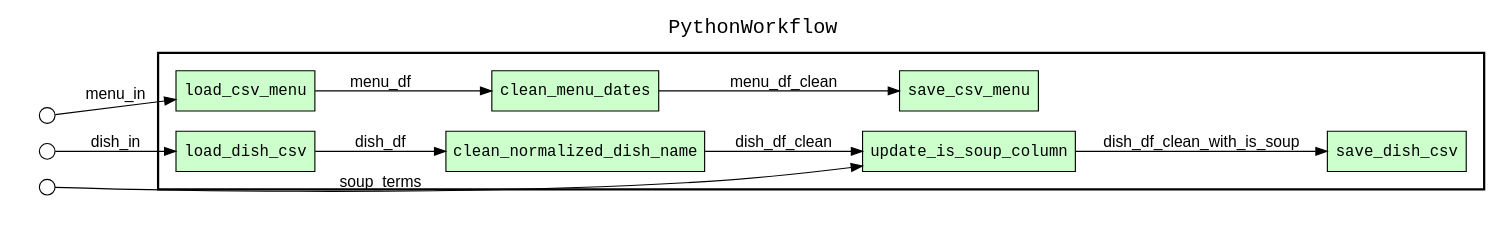
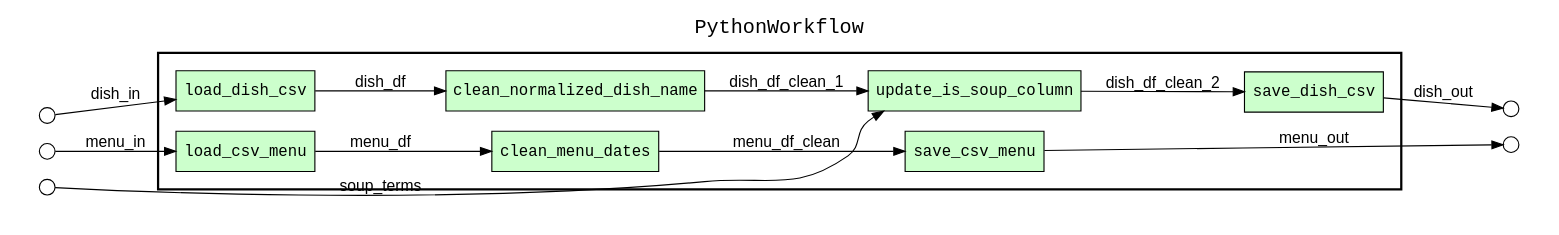
One commit to cp-uiuc/CS513-Project changed the diagram in python_cleaning.gv. Above: the diagram before and after it, drawn with Graphviz. The commit also changed 3 other files, not shown here.

```diff
--- a/python_cleaning.gv
+++ b/python_cleaning.gv
@@ -1,38 +1,42 @@
 digraph Workflow {
 rankdir=LR
 fontname=Courier; fontsize=18; labelloc=t
 label=PythonWorkflow
 subgraph cluster_workflow_box_outer { label=""; color=black; penwidth=2
 subgraph cluster_workflow_box_inner { label=""; color=white
 node[shape=box style=filled fillcolor="#CCFFCC" peripheries=1 fontname=Courier]
 load_dish_csv
 clean_normalized_dish_name
 update_is_soup_column
 save_dish_csv
 load_csv_menu
 clean_menu_dates
 save_csv_menu
 edge[fontname=Helvetica]
 load_dish_csv -> clean_normalized_dish_name [label=dish_df]
-clean_normalized_dish_name -> update_is_soup_column [label=dish_df_clean]
-update_is_soup_column -> save_dish_csv [label=dish_df_clean_with_is_soup]
+clean_normalized_dish_name -> update_is_soup_column [label=dish_df_clean_1]
+update_is_soup_column -> save_dish_csv [label=dish_df_clean_2]
 load_csv_menu -> clean_menu_dates [label=menu_df]
 clean_menu_dates -> save_csv_menu [label=menu_df_clean]
 }}
 subgraph cluster_input_ports_group_outer { label=""; color=white
 subgraph cluster_input_ports_group_inner { label=""; color=white
 node[shape=circle style=filled fillcolor="#FFFFFF" peripheries=1 fontname=Courier width=0.2]
 dish_in_input_port [label=""]
 menu_in_input_port [label=""]
 soup_terms_input_port [label=""]
 }}
 subgraph cluster_output_ports_group_outer { label=""; color=white
 subgraph cluster_output_ports_group_inner { label=""; color=white
 node[shape=circle style=filled fillcolor="#FFFFFF" peripheries=1 fontname=Courier width=0.2]
+dish_out_output_port [label=""]
+menu_out_output_port [label=""]
 }}
 edge[fontname=Helvetica]
 dish_in_input_port -> load_dish_csv [label=dish_in]
 soup_terms_input_port -> update_is_soup_column [label=soup_terms]
 menu_in_input_port -> load_csv_menu [label=menu_in]
 edge[fontname=Helvetica]
+save_dish_csv -> dish_out_output_port [label=dish_out]
+save_csv_menu -> menu_out_output_port [label=menu_out]
 }
```
